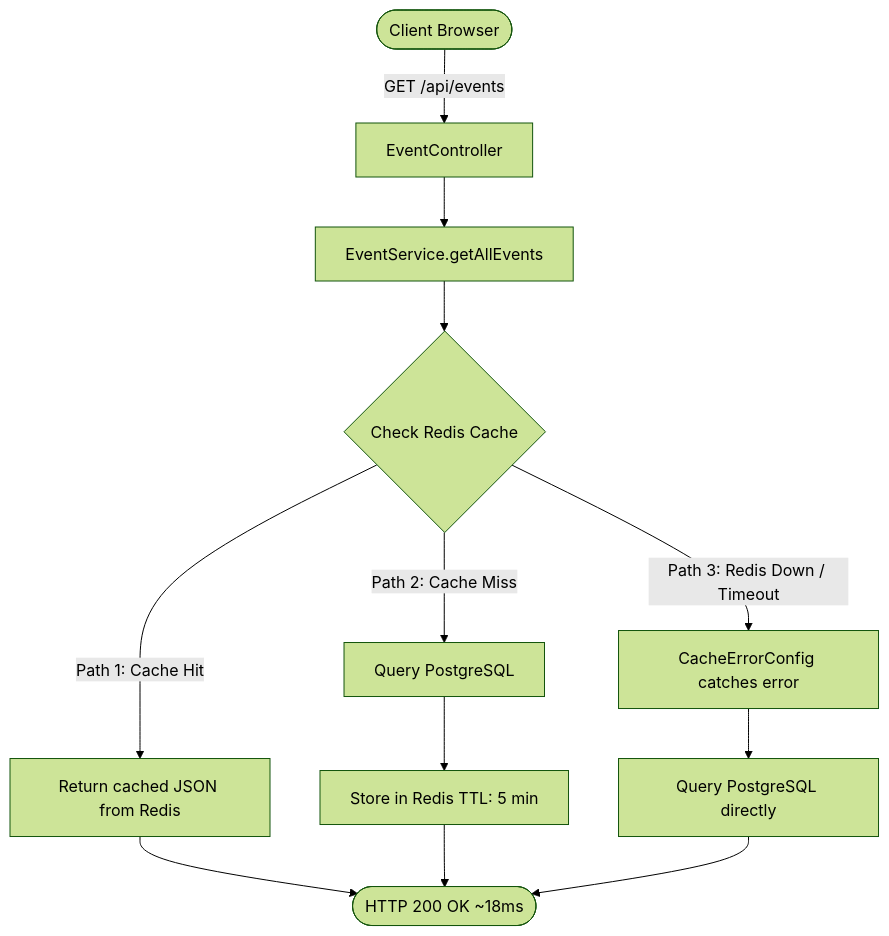
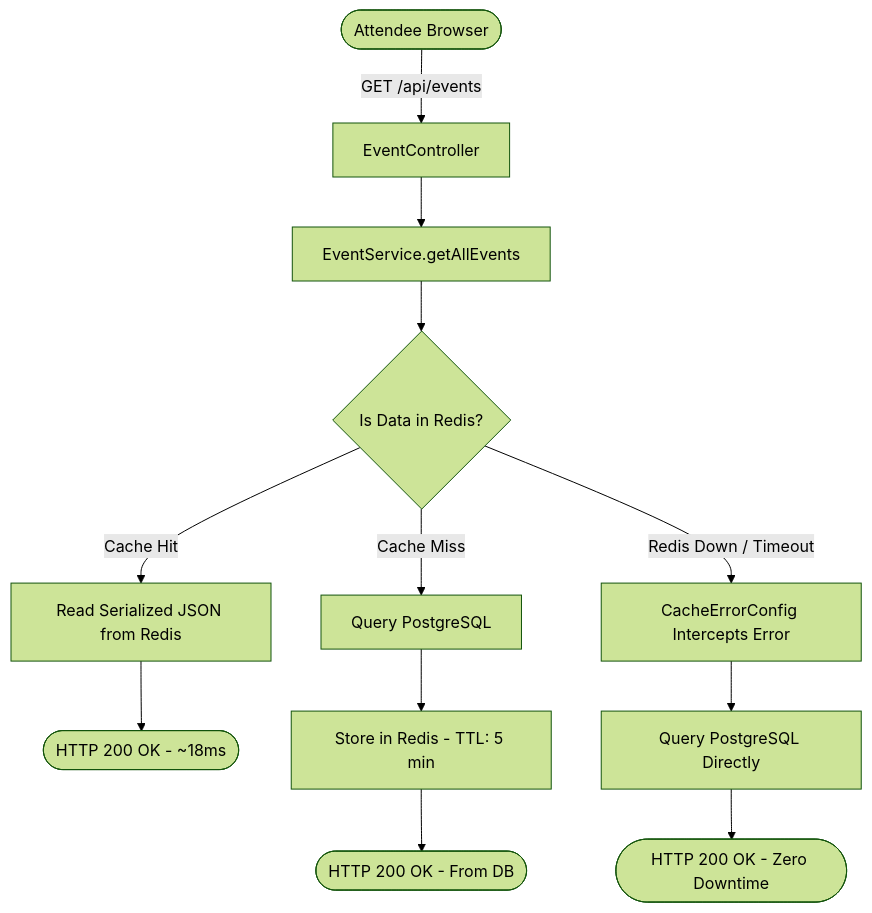
The first of 3 diagrams in architecture/master-workflow.md (asyncsourav/quicktix), drawn with Mermaid (forest theme) before and after one commit. The commit also changed other lines of this file, not shown here.

First line of the commit message:
docs(architecture): Refine workflows 1, 2, and 3 in master-workflow.md

````diff
--- a/architecture/master-workflow.md
+++ b/architecture/master-workflow.md
@@ -16,18 +59,18 @@
 ```mermaid
 flowchart TD
-    Client([Client Browser]) -->|GET /api/events| Controller[EventController]
+    Client([Attendee Browser]) -->|GET /api/events| Controller[EventController]
     Controller --> Service[EventService.getAllEvents]
     
-    Service --> CheckCache{Check Redis Cache}
+    Service --> CacheCheck{Is Data in Redis?}
     
-    CheckCache -->|Path 1: Cache Hit| ServeRedis[Return cached JSON from Redis]
-    ServeRedis --> Return200([HTTP 200 OK ~18ms])
+    CacheCheck -->|Cache Hit| RedisServe[Read Serialized JSON from Redis]
+    RedisServe --> FastResponse([HTTP 200 OK - ~18ms])
     
-    CheckCache -->|Path 2: Cache Miss| QueryDB[Query PostgreSQL]
-    QueryDB --> StoreRedis[Store in Redis TTL: 5 min]
-    StoreRedis --> Return200
+    CacheCheck -->|Cache Miss| DBQuery[Query PostgreSQL]
+    DBQuery --> RedisSave[Store in Redis - TTL: 5 min]
+    RedisSave --> DBResponse([HTTP 200 OK - From DB])
     
-    CheckCache -->|Path 3: Redis Down / Timeout| FallbackDB[CacheErrorConfig catches error]
-    FallbackDB --> DirectDB[Query PostgreSQL directly]
-    DirectDB --> Return200
+    CacheCheck -->|Redis Down / Timeout| Fallback[CacheErrorConfig Intercepts Error]
+    Fallback --> DirectDB[Query PostgreSQL Directly]
+    DirectDB --> FallbackResponse([HTTP 200 OK - Zero Downtime])
 ```
````
